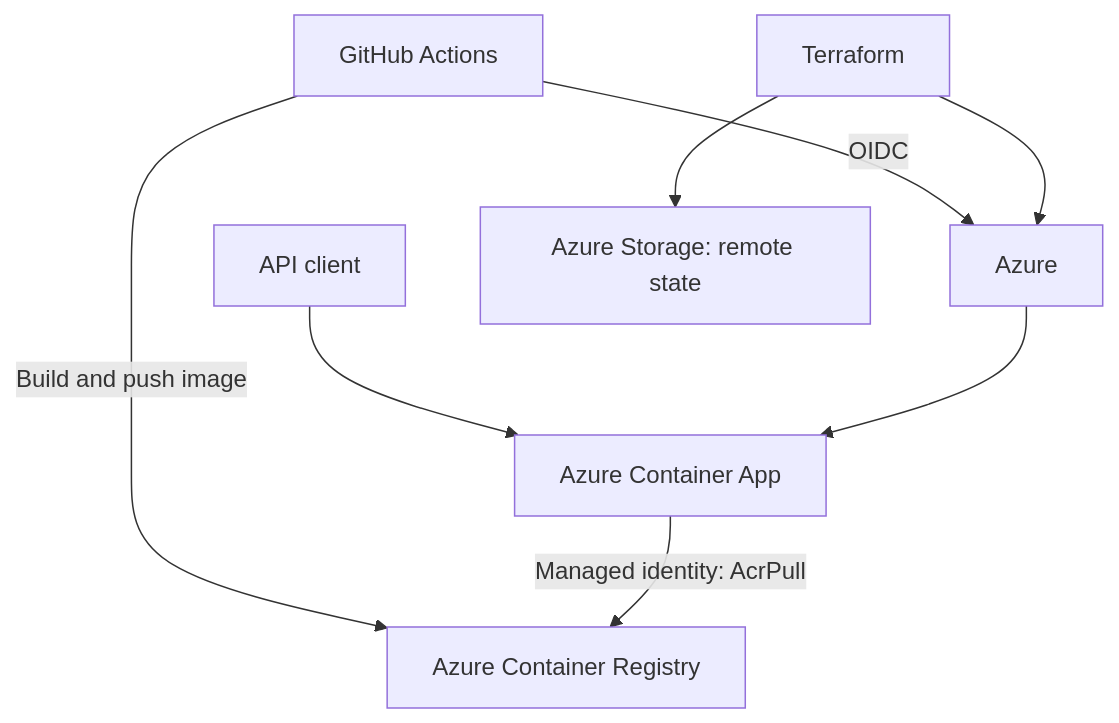
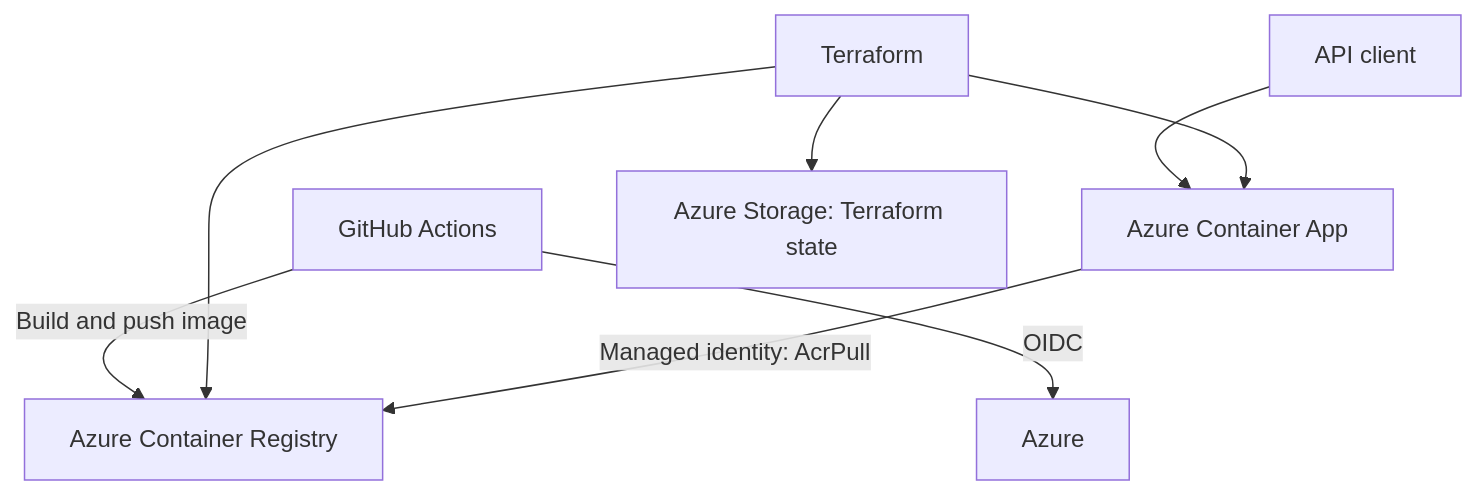
Before and after one commit to itsmearunalotla/kfc-field-support-poc: the diagram in README.md, drawn with Mermaid. The commit also changed other lines of this file and 3 other files, not shown here.

````diff
--- a/README.md
+++ b/README.md
@@ -9,10 +9,10 @@
 ```mermaid
 flowchart TD
   client["API client"] --> app["Azure Container App"]
   actions["GitHub Actions"] -->|"OIDC"| azure["Azure"]
   actions -->|"Build and push image"| acr["Azure Container Registry"]
-  azure --> app
+  terraform["Terraform"] --> app
+  terraform --> acr
+  terraform --> state["Azure Storage: Terraform state"]
   app -->|"Managed identity: AcrPull"| acr
-  terraform["Terraform"] --> azure
-  terraform --> state["Azure Storage: remote state"]
 ```
````
